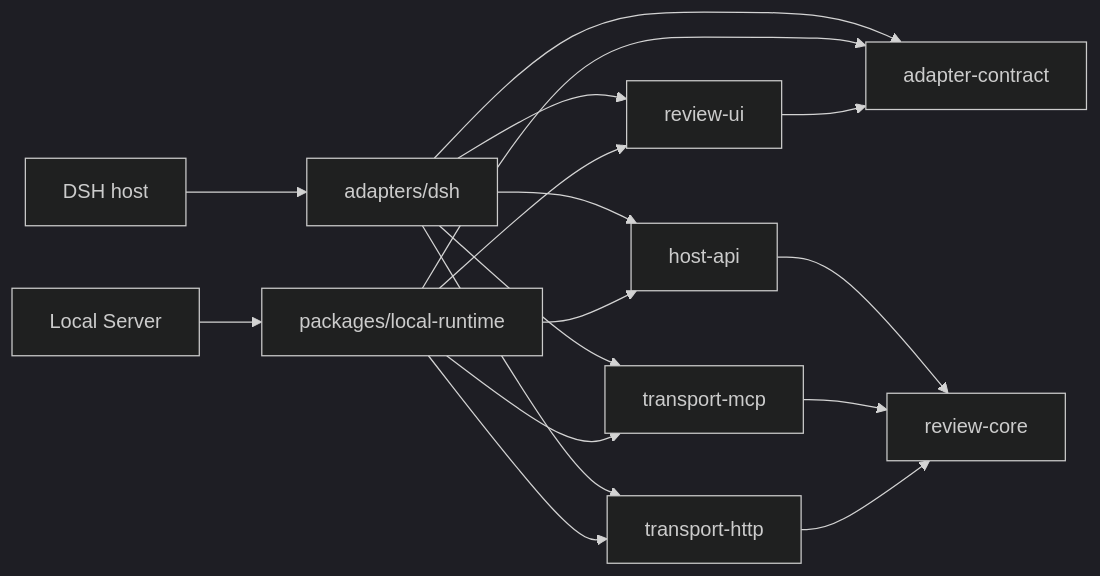
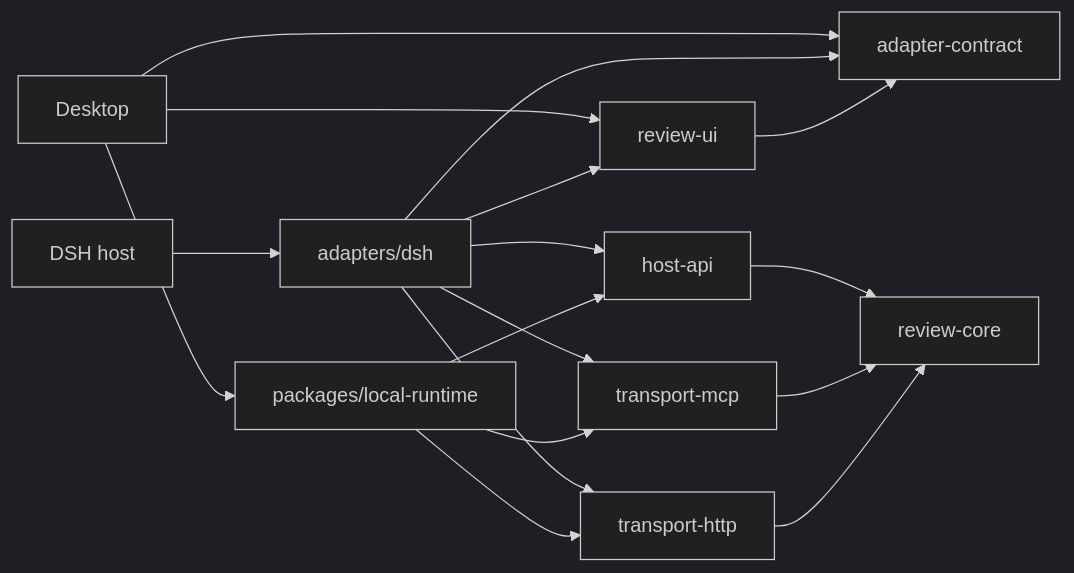
The diagram in docs/09-host-adapters-architecture.md (hanfang5057-byte/co-space), drawn with Mermaid (dark theme) before and after one commit. The commit also changed other lines of this file and 111 other files, not shown here.

Commit message:
feat(desktop): replace retired local server product

````diff
--- a/docs/09-host-adapters-architecture.md
+++ b/docs/09-host-adapters-architecture.md
@@ -7,19 +7,19 @@
 ```mermaid
 flowchart LR
   HOST[DSH host] --> DSH[adapters/dsh]
-  LOCAL[Local Server] --> RUNTIME[packages/local-runtime]
+  DESKTOP[Desktop] --> RUNTIME[packages/local-runtime]
+  DESKTOP --> CONTRACT[adapter-contract]
+  DESKTOP --> UI[review-ui]
   DSH --> CONTRACT[adapter-contract]
-  RUNTIME --> CONTRACT
   DSH --> HOSTAPI[host-api]
   RUNTIME --> HOSTAPI
   HOSTAPI --> CORE[review-core]
   DSH --> UI[review-ui]
-  RUNTIME --> UI
   DSH --> MCP[transport-mcp]
   RUNTIME --> MCP
   DSH --> HTTP[transport-http]
   RUNTIME --> HTTP
   UI --> CONTRACT
   MCP --> CORE
   HTTP --> CORE
 ```
````
